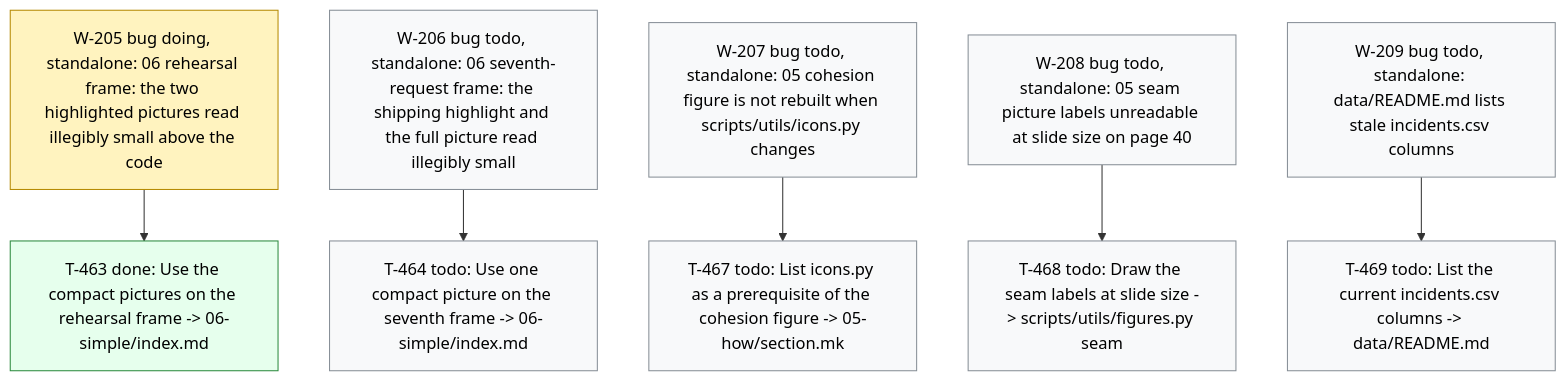
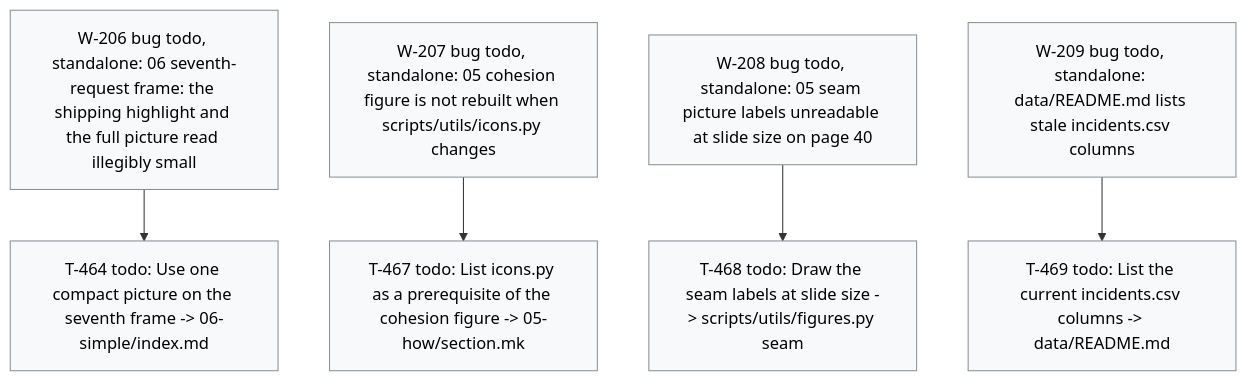
Before and after one commit to dpopchev/chaos-to-simple: the diagram in .board/BOARD.md, drawn with Mermaid. The commit also changed other lines of this file and 3 other files, not shown here.

````diff
--- a/.board/BOARD.md
+++ b/.board/BOARD.md
@@ -1212,21 +1217,17 @@
 ```mermaid
 flowchart TD
-  W205["W-205 bug doing, standalone: 06 rehearsal frame: the two highlighted pictures read illegibly small above the code"]
-  W205 --> T463["T-463 done: Use the compact pictures on the rehearsal frame -> 06-simple/index.md"]
   W206["W-206 bug todo, standalone: 06 seventh-request frame: the shipping highlight and the full picture read illegibly small"]
   W206 --> T464["T-464 todo: Use one compact picture on the seventh frame -> 06-simple/index.md"]
   W207["W-207 bug todo, standalone: 05 cohesion figure is not rebuilt when scripts/utils/icons.py changes"]
   W207 --> T467["T-467 todo: List icons.py as a prerequisite of the cohesion figure -> 05-how/section.mk"]
   W208["W-208 bug todo, standalone: 05 seam picture labels unreadable at slide size on page 40"]
   W208 --> T468["T-468 todo: Draw the seam labels at slide size -> scripts/utils/figures.py seam"]
   W209["W-209 bug todo, standalone: data/README.md lists stale incidents.csv columns"]
   W209 --> T469["T-469 todo: List the current incidents.csv columns -> data/README.md"]
   classDef doing fill:#fff3bf,stroke:#b58900,color:#000;
   classDef blocked fill:#ffe3e3,stroke:#c92a2a,color:#000;
   classDef done fill:#e6ffed,stroke:#2b8a3e,color:#000;
   classDef todo fill:#f8f9fa,stroke:#868e96,color:#000;
   classDef pruned fill:#f1f3f5,stroke:#adb5bd,color:#000;
-  class W205 doing
-  class T463 done
   class W206,T464,W207,T467,W208,T468,W209,T469 todo
 ```
````
